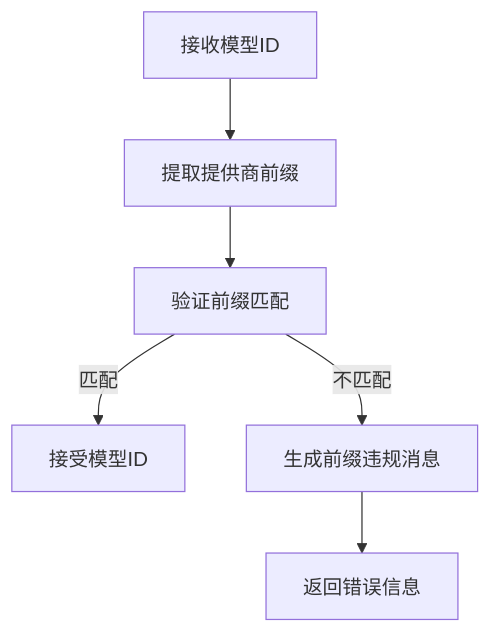
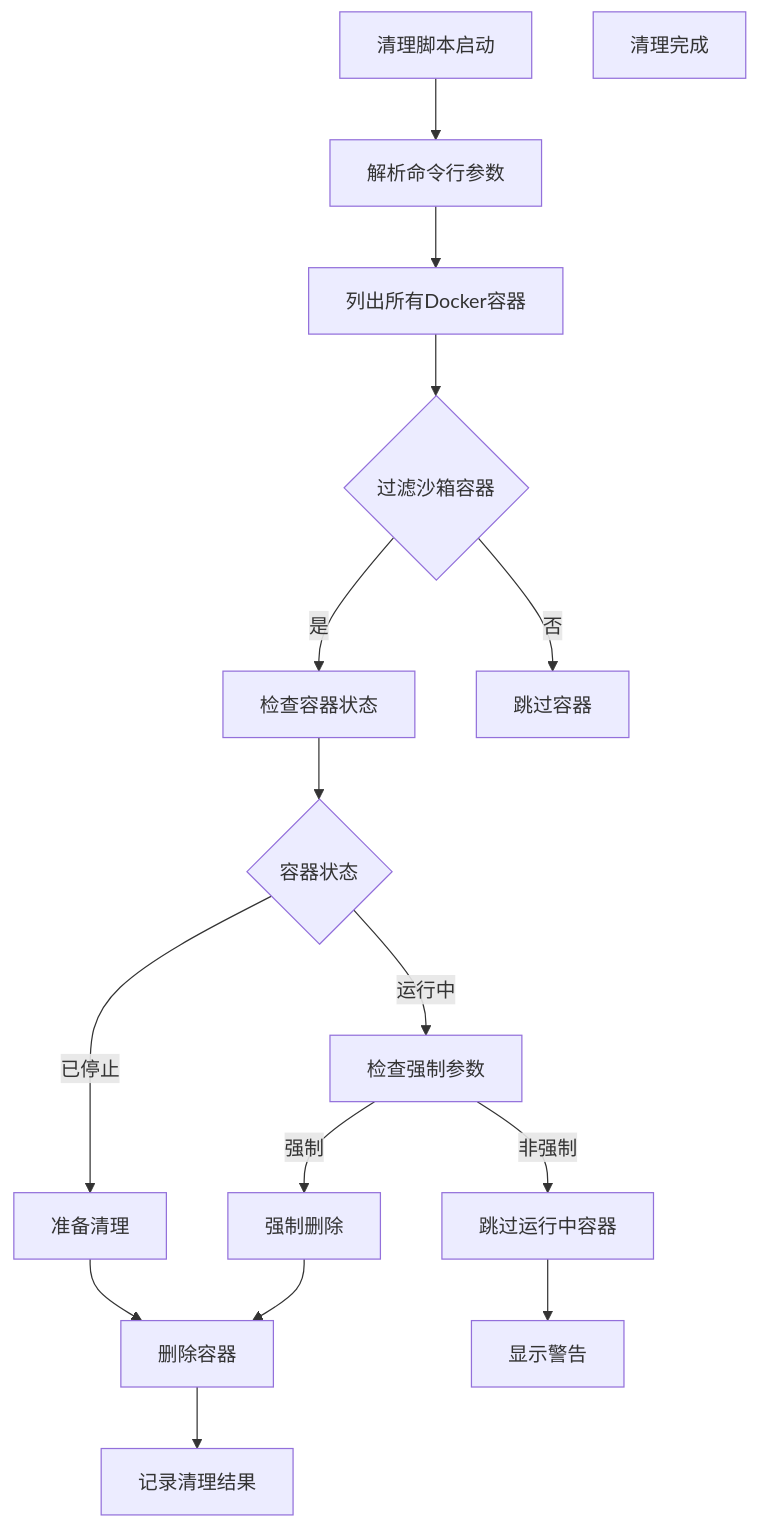
One commit to tianyehedashu/ai-agent changed diagram 19 of 20 in .qoder/repowiki/zh/content/网关服务架构/网关服务架构.md. Above: the diagram before and after it, drawn with Mermaid. The commit also changed other lines of this file and 50 other files, not shown here.

````diff
--- a/.qoder/repowiki/zh/content/网关服务架构/网关服务架构.md
+++ b/.qoder/repowiki/zh/content/网关服务架构/网关服务架构.md
@@ -816,8 +799,18 @@
 ```mermaid
 flowchart TD
-A["接收模型ID"] --> B["提取提供商前缀"]
-B --> C["验证前缀匹配"]
-C --> |匹配| D["接受模型ID"]
-C --> |不匹配| E["生成前缀违规消息"]
-E --> F["返回错误信息"]
+A["清理脚本启动"] --> B["解析命令行参数"]
+B --> C["列出所有Docker容器"]
+C --> D{"过滤沙箱容器"}
+D --> |是| E["检查容器状态"]
+D --> |否| F["跳过容器"]
+E --> G{"容器状态"}
+G --> |运行中| H["检查强制参数"]
+G --> |已停止| I["准备清理"]
+H --> |强制| J["强制删除"]
+H --> |非强制| K["跳过运行中容器"]
+I --> L["删除容器"]
+J --> L
+K --> M["显示警告"]
+L --> N["记录清理结果"]
+O["清理完成"]
 ```
````
